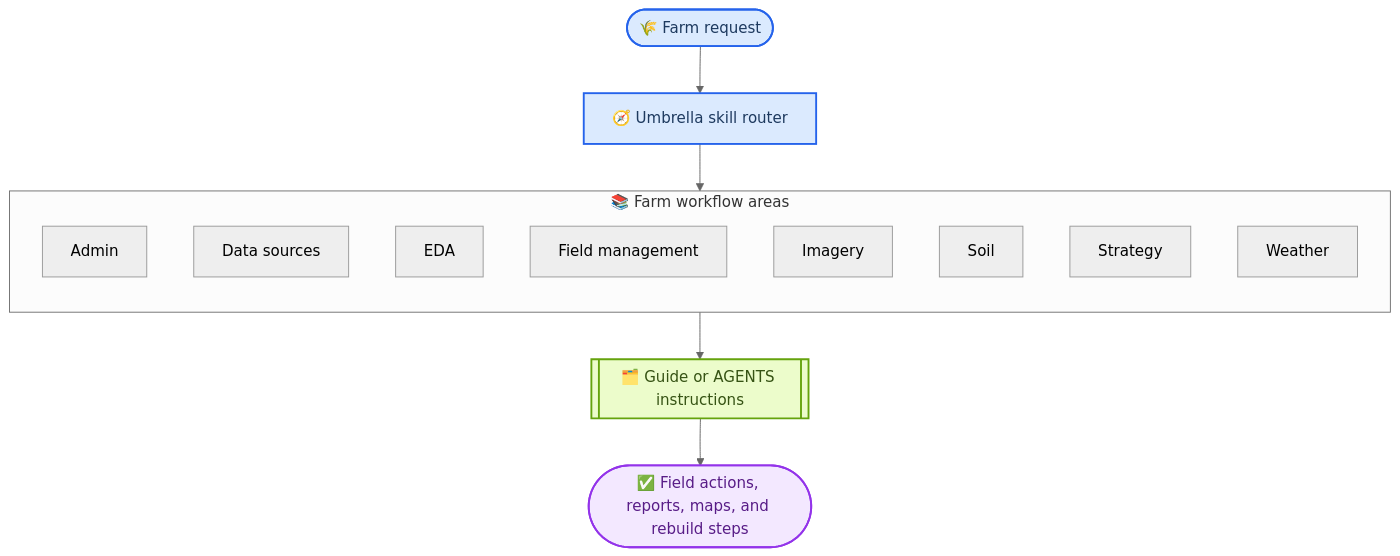
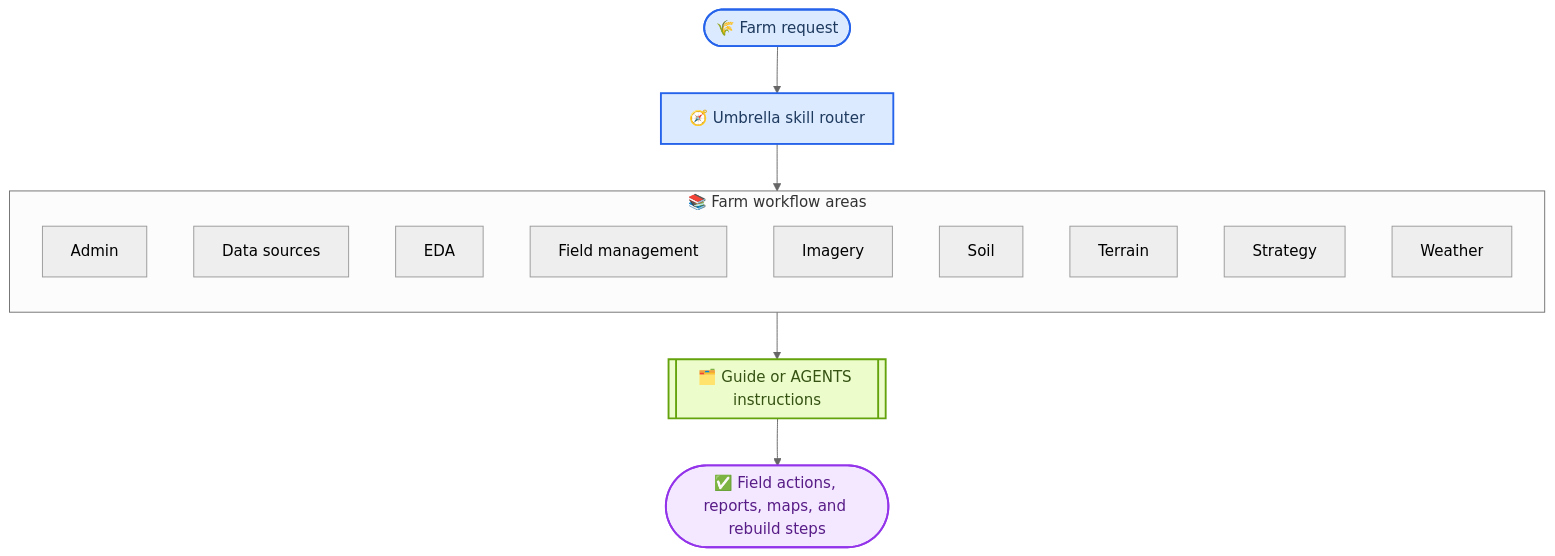
One commit to KyleDehBout/my-farm-advisor-skills changed the fourth of 6 diagrams in my-farm-advisor/README.md. Above: the diagram before and after it, drawn with Mermaid (neutral theme). The commit also changed other lines of this file and 2 other files, not shown here.

Commit message:
docs(farm): add terrain routing

````diff
--- a/my-farm-advisor/README.md
+++ b/my-farm-advisor/README.md
@@ -198,31 +198,32 @@
 ```mermaid
 flowchart TD
     accTitle: Farm Skill Routing Overview
     accDescr: Overview of how the My Farm Advisor umbrella skill routes a farm request into the right operational area and then into guides or AGENTS instructions that produce field-ready outputs.
 
     request([🌾 Farm request]) --> router[🧭 Umbrella skill router]
 
     subgraph routing_areas ["📚 Farm workflow areas"]
         direction TB
         admin[Admin]
         data_sources[Data sources]
         eda[EDA]
         field_management[Field management]
         imagery[Imagery]
         soil[Soil]
+        terrain[Terrain]
         strategy[Strategy]
         weather[Weather]
     end
 
     router --> routing_areas
     routing_areas --> guides[[🗂️ Guide or AGENTS instructions]]
     guides --> outputs([✅ Field actions, reports, maps, and rebuild steps])
 
     classDef primary fill:#dbeafe,stroke:#2563eb,stroke-width:2px,color:#1e3a5f
     classDef support fill:#ecfccb,stroke:#65a30d,stroke-width:2px,color:#365314
     classDef outcome fill:#f3e8ff,stroke:#9333ea,stroke-width:2px,color:#581c87
 
     class request,router primary
     class guides support
     class outputs outcome
 ```
````
